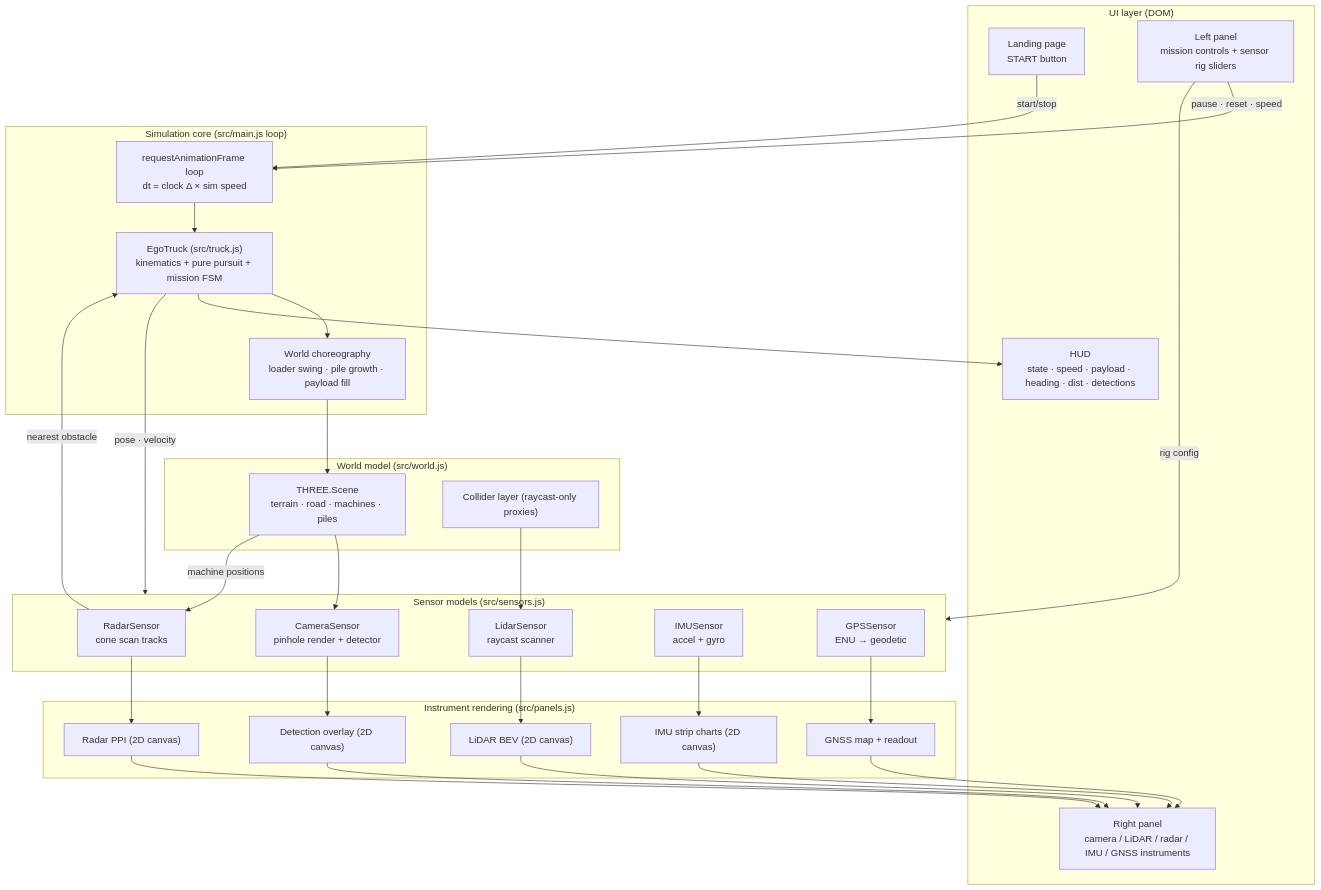
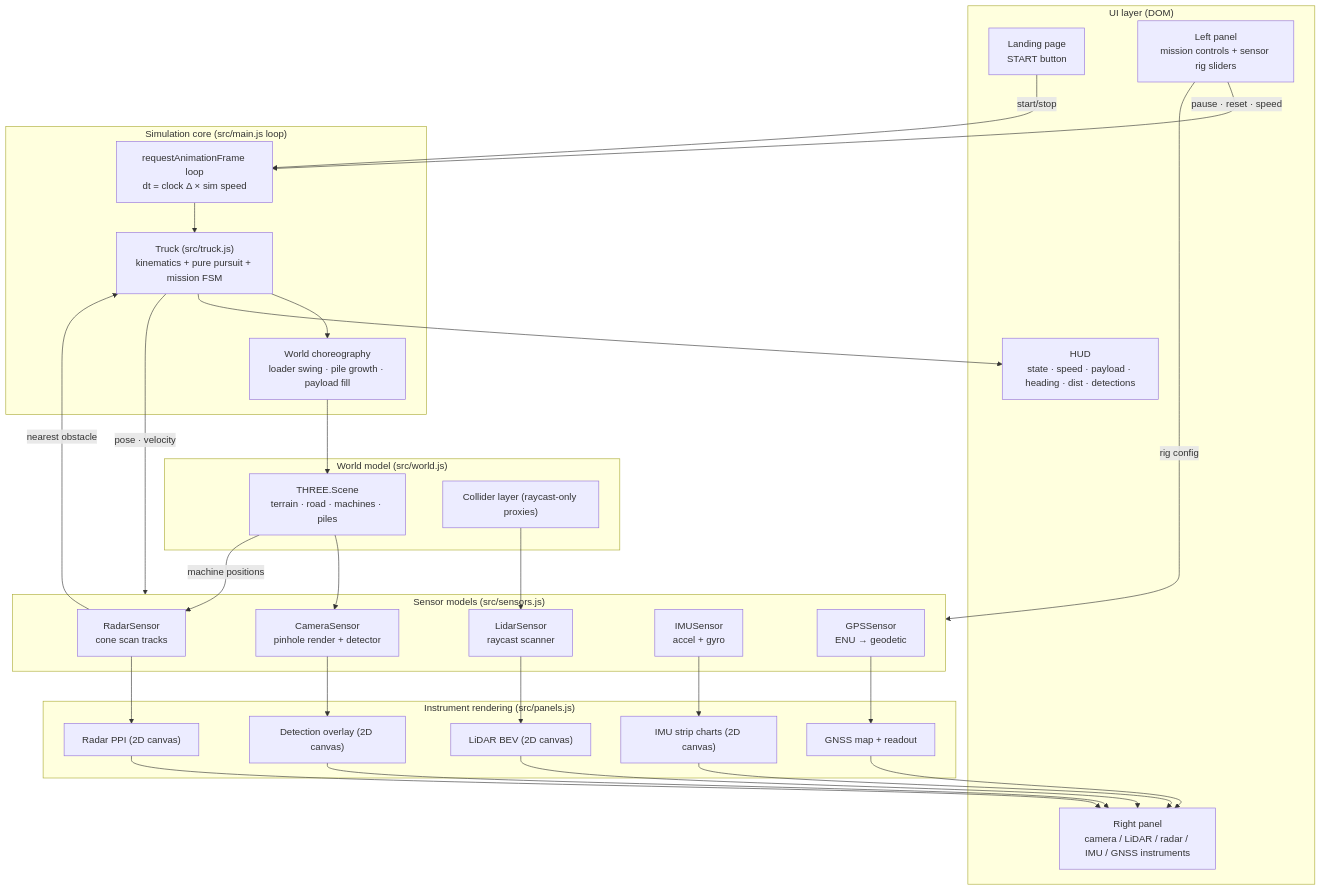
The first of 10 diagrams in README.md (lokanath1209/Autonomy_Mining_Simulator_with_Sensors), drawn with Mermaid before and after one commit. The commit also changed other lines of this file and 9 other files, not shown here.

Commit message:
Rename EgoTruck to Truck, combine sensor panels into one collapsible window, fix truck payload to fill only on shovel dump with fuller coverage, fix camera panel going dark, add sensor doc diagrams to README, add .gitignore

````diff
--- a/README.md
+++ b/README.md
@@ -83,53 +84,53 @@
 ```mermaid
 flowchart TB
     subgraph UI["UI layer (DOM)"]
         LAND["Landing page<br/>START button"]
         LEFT["Left panel<br/>mission controls + sensor rig sliders"]
         HUD["HUD<br/>state · speed · payload · heading · dist · detections"]
         RIGHT["Right panel<br/>camera / LiDAR / radar / IMU / GNSS instruments"]
     end
 
     subgraph CORE["Simulation core (src/main.js loop)"]
         LOOP["requestAnimationFrame loop<br/>dt = clock Δ × sim speed"]
-        TRUCK["EgoTruck (src/truck.js)<br/>kinematics + pure pursuit + mission FSM"]
+        TRUCK["Truck (src/truck.js)<br/>kinematics + pure pursuit + mission FSM"]
         ANIM["World choreography<br/>loader swing · pile growth · payload fill"]
     end
 
     subgraph SENSORS["Sensor models (src/sensors.js)"]
         CAM["CameraSensor<br/>pinhole render + detector"]
         LID["LidarSensor<br/>raycast scanner"]
         RAD["RadarSensor<br/>cone scan tracks"]
         IMU2["IMUSensor<br/>accel + gyro"]
         GPS2["GPSSensor<br/>ENU → geodetic"]
     end
 
     subgraph WORLD["World model (src/world.js)"]
         SCENE["THREE.Scene<br/>terrain · road · machines · piles"]
         COLL["Collider layer (raycast-only proxies)"]
     end
 
     subgraph OUT["Instrument rendering (src/panels.js)"]
         P1["Detection overlay (2D canvas)"]
         P2["LiDAR BEV (2D canvas)"]
         P3["Radar PPI (2D canvas)"]
         P4["IMU strip charts (2D canvas)"]
         P5["GNSS map + readout"]
     end
 
     LAND -->|start/stop| LOOP
     LEFT -->|rig config| SENSORS
     LEFT -->|pause · reset · speed| LOOP
     LOOP --> TRUCK --> ANIM --> SCENE
     TRUCK -->|pose · velocity| SENSORS
     SCENE --> CAM
     COLL --> LID
     SCENE -->|machine positions| RAD
     RAD -->|nearest obstacle| TRUCK
     CAM --> P1
     LID --> P2
     RAD --> P3
     IMU2 --> P4
     GPS2 --> P5
     TRUCK --> HUD
     P1 & P2 & P3 & P4 & P5 --> RIGHT
 ```
````
